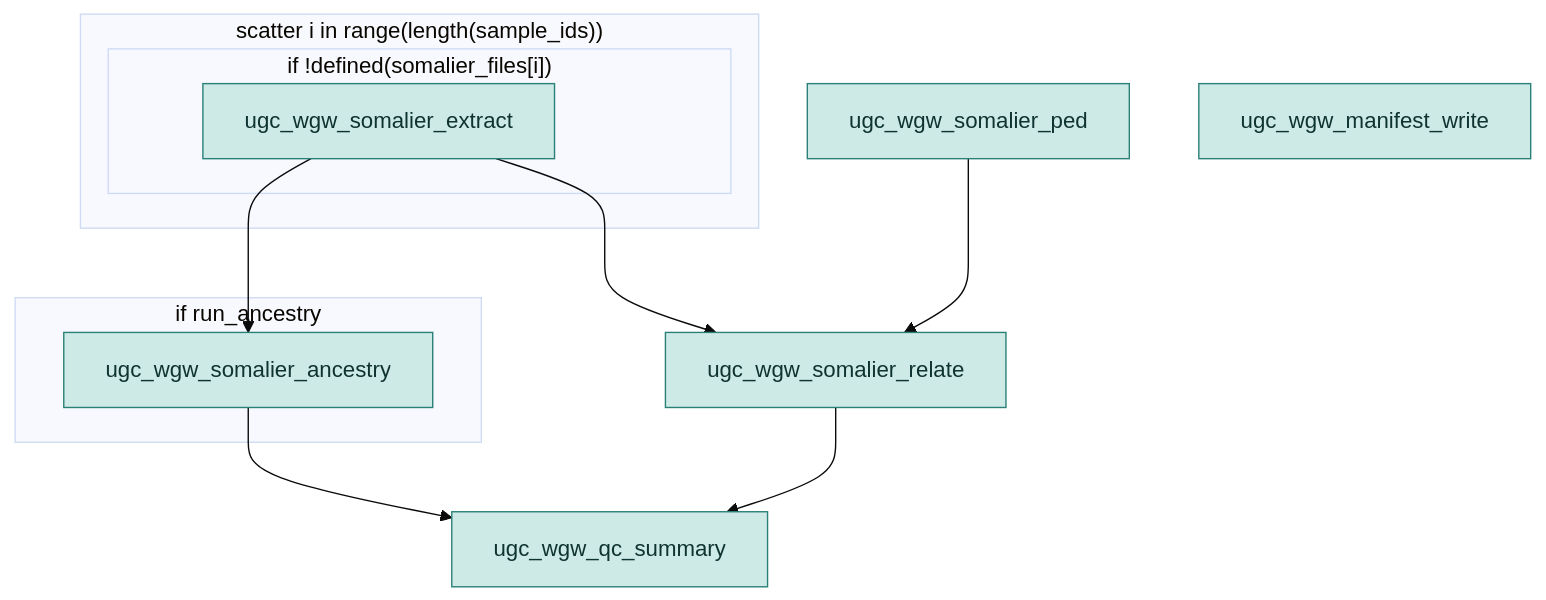
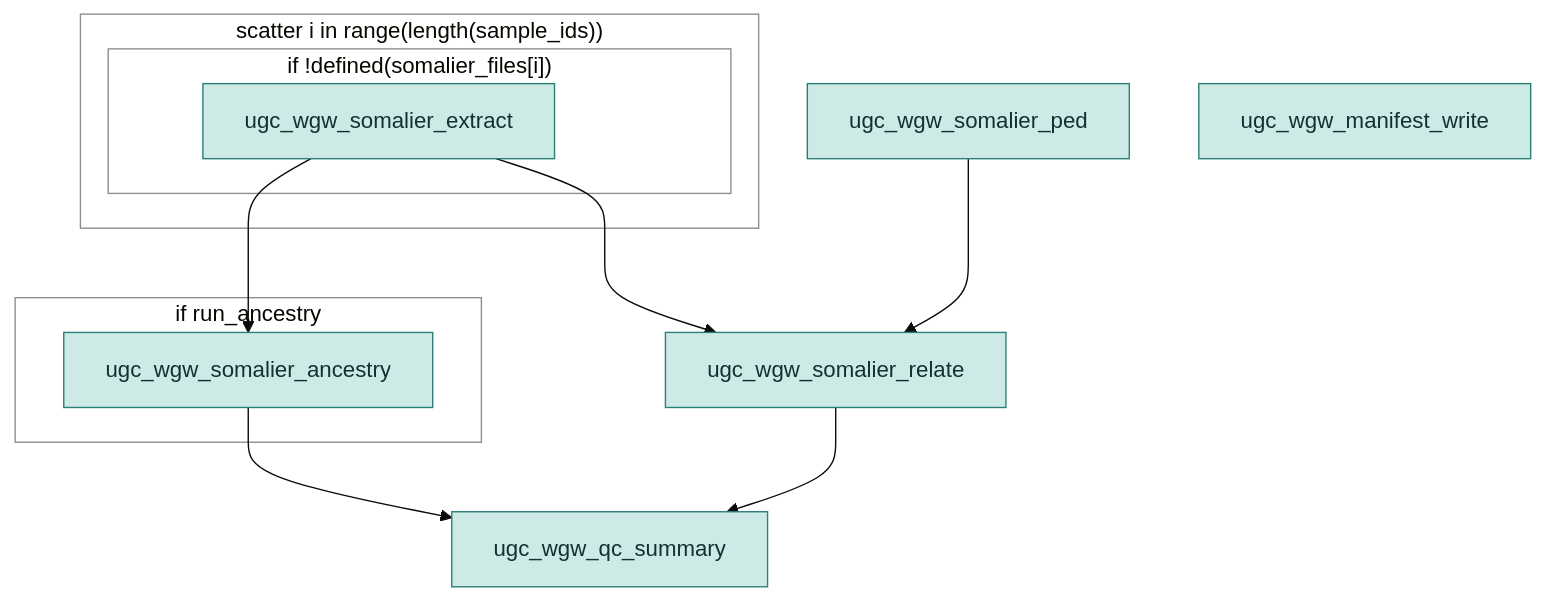
Before and after one commit to UppsalaGenomeCenter/ugc-wgw: the third of 13 diagrams in docs/guide/workflow-graphs.md, drawn with Mermaid (base theme). The commit also changed other lines of this file and 19 other files, not shown here.

````diff
--- a/docs/guide/workflow-graphs.md
+++ b/docs/guide/workflow-graphs.md
@@ -325,21 +330,23 @@
 ```mermaid
 flowchart TD
   subgraph s1["scatter i in range(length(sample_ids))"]
     subgraph s2["if !defined(somalier_files[i])"]
       n1["ugc_wgw_somalier_extract"]:::o
     end
   end
   n2["ugc_wgw_somalier_ped"]:::o
   n3["ugc_wgw_somalier_relate"]:::o
   subgraph s3["if run_ancestry"]
     n4["ugc_wgw_somalier_ancestry"]:::o
   end
   n5["ugc_wgw_qc_summary"]:::o
   n6["ugc_wgw_manifest_write"]:::o
   n1 --> n3
   n1 --> n4
   n2 --> n3
   n3 --> n5
   n4 --> n5
   classDef o fill:#cdeae6,stroke:#2a7f77,color:#0f3330
+  classDef b fill:none,stroke:#8a8f95
+  class s1,s2,s3 b
 ```
````
